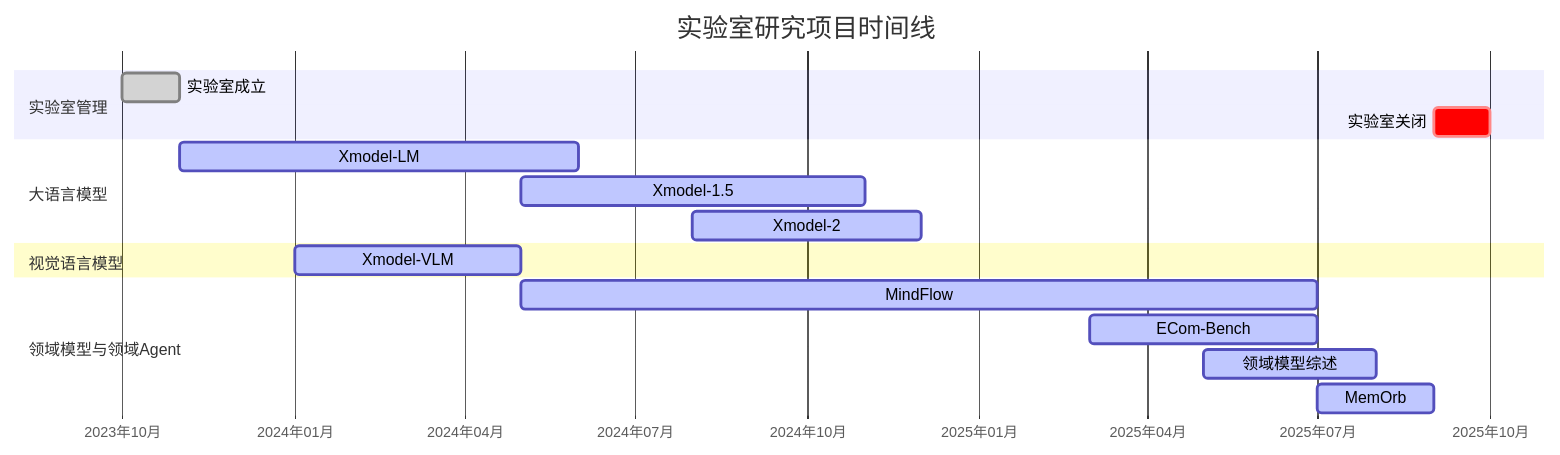
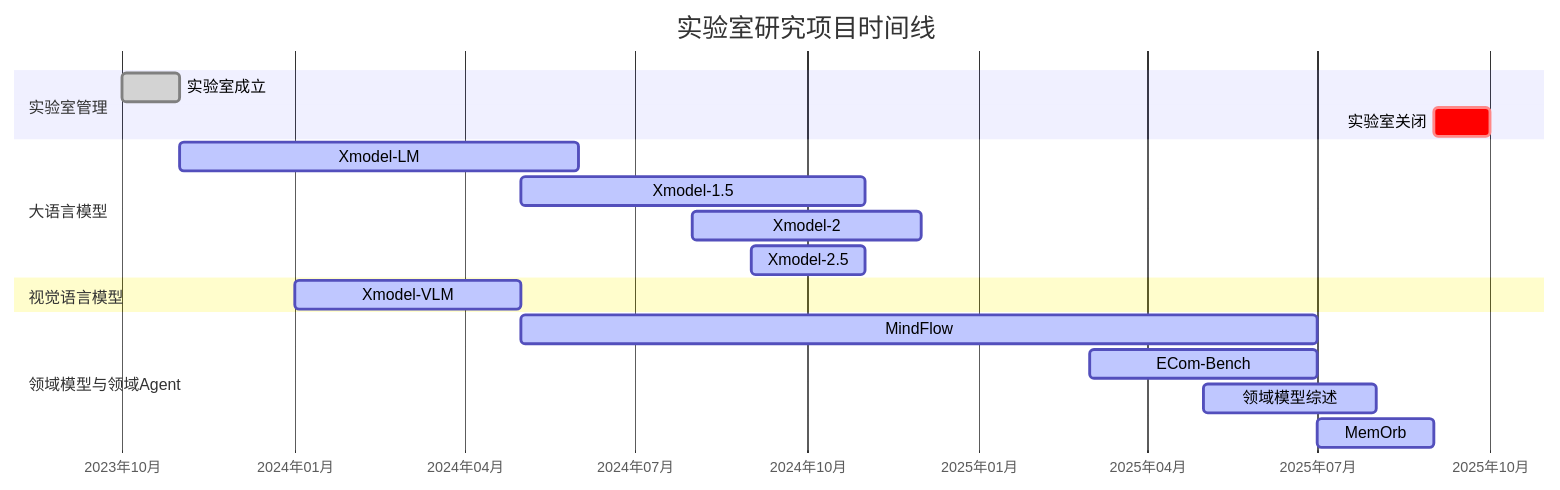
Before and after one commit to foamliu/XiaoduoAILab-EOL-Archive: the diagram in README.md, drawn with Mermaid. The commit also changed other lines of this file, not shown here.

Commit message:
update for Xmodel-2.5

````diff
--- a/README.md
+++ b/README.md
@@ -65,24 +66,25 @@
 ```mermaid
 gantt
     title 实验室研究项目时间线
     dateFormat  YYYY-MM
     axisFormat %Y年%m月
     
     section 实验室管理
     实验室成立 :done, 2023-10, 1M
     实验室关闭 :crit, 2025-09, 1M
     
     section 大语言模型
     Xmodel-LM :active, 2023-11, 7M
     Xmodel-1.5 :active, 2024-05, 6M
     Xmodel-2 :active, 2024-08, 4M
+    Xmodel-2.5 :active, 2024-09, 2M
     
     section 视觉语言模型
     Xmodel-VLM :active, 2024-01, 4M
     
     section 领域模型与领域Agent
     MindFlow :active, 2024-05, 14M
     ECom-Bench :active, 2025-03, 4M
     领域模型综述 :active, 2025-05, 3M
     MemOrb :active, 2025-07, 2M
 ```
````
